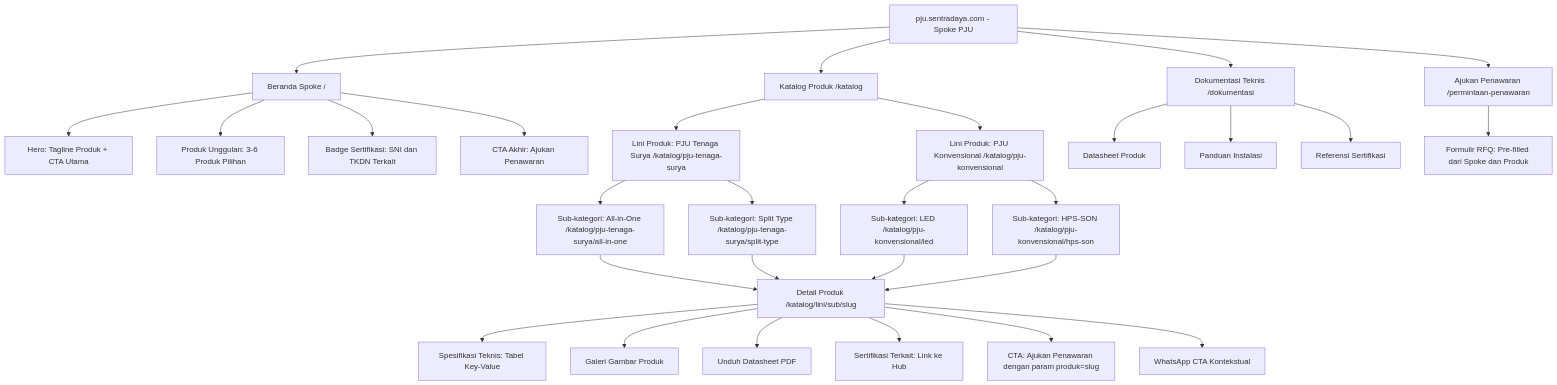
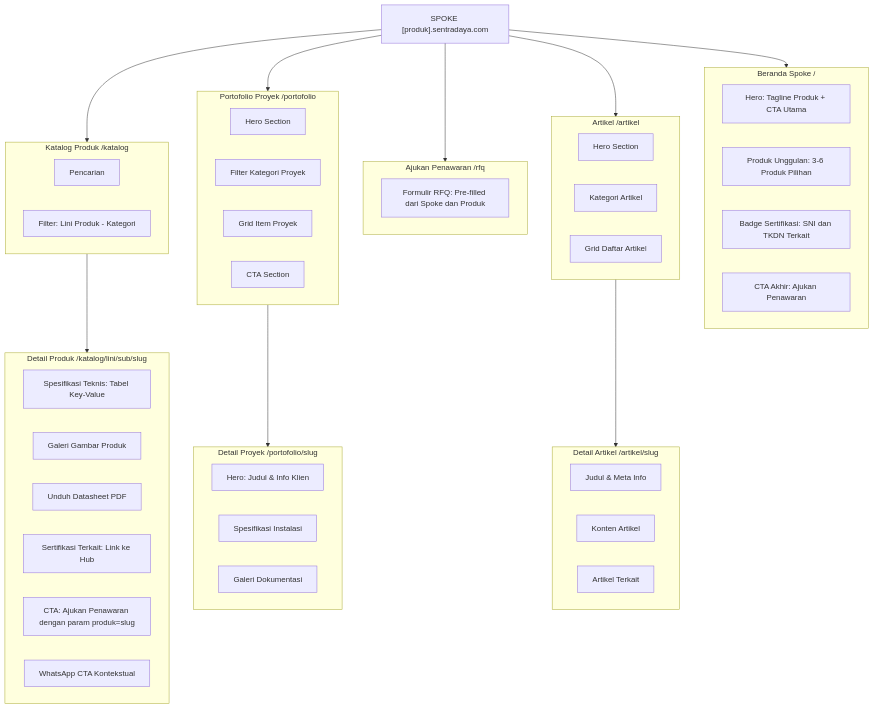
One commit to pampam666/awesome-website-test changed the second of 3 diagrams in .taskmaster/docs/information-architecture/ia-sitemaps.md. Above: the diagram before and after it, drawn with Mermaid. The commit also changed other lines of this file and 3 other files, not shown here.

Commit message:
docs: add architectural strategy, navigation systems, and user flow documentation for DBSN digital ecosystem

````diff
--- a/.taskmaster/docs/information-architecture/ia-sitemaps.md
+++ b/.taskmaster/docs/information-architecture/ia-sitemaps.md
@@ -82,41 +102,61 @@
 ```mermaid
-flowchart TD
-    SPOKE["pju.sentradaya.com - Spoke PJU"]
-
-    SPOKE --> SH["Beranda Spoke /"]
-    SPOKE --> SC["Katalog Produk /katalog"]
-    SPOKE --> SD["Dokumentasi Teknis /dokumentasi"]
-    SPOKE --> SR["Ajukan Penawaran /permintaan-penawaran"]
-
-    SH --> SH1["Hero: Tagline Produk + CTA Utama"]
-    SH --> SH2["Produk Unggulan: 3-6 Produk Pilihan"]
-    SH --> SH3["Badge Sertifikasi: SNI dan TKDN Terkait"]
-    SH --> SH4["CTA Akhir: Ajukan Penawaran"]
-
-    SC --> L1["Lini Produk: PJU Tenaga Surya /katalog/pju-tenaga-surya"]
-    SC --> L2["Lini Produk: PJU Konvensional /katalog/pju-konvensional"]
-
-    L1 --> S1["Sub-kategori: All-in-One /katalog/pju-tenaga-surya/all-in-one"]
-    L1 --> S2["Sub-kategori: Split Type /katalog/pju-tenaga-surya/split-type"]
-
-    L2 --> S3["Sub-kategori: LED /katalog/pju-konvensional/led"]
-    L2 --> S4["Sub-kategori: HPS-SON /katalog/pju-konvensional/hps-son"]
-
-    S1 --> PDP["Detail Produk /katalog/lini/sub/slug"]
-    S2 --> PDP
-    S3 --> PDP
-    S4 --> PDP
-
-    PDP --> PDP1["Spesifikasi Teknis: Tabel Key-Value"]
-    PDP --> PDP2["Galeri Gambar Produk"]
-    PDP --> PDP3["Unduh Datasheet PDF"]
-    PDP --> PDP4["Sertifikasi Terkait: Link ke Hub"]
-    PDP --> PDP5["CTA: Ajukan Penawaran dengan param produk=slug"]
-    PDP --> PDP6["WhatsApp CTA Kontekstual"]
-
-    SD --> SD1["Datasheet Produk"]
-    SD --> SD2["Panduan Instalasi"]
-    SD --> SD3["Referensi Sertifikasi"]
-
-    SR --> SRF["Formulir RFQ: Pre-filled dari Spoke dan Produk"]
+---
+config:
+  layout: dagre
+---
+flowchart TB
+ subgraph SH["Beranda Spoke /"]
+    direction LR
+        SH1["Hero: Tagline Produk + CTA Utama"]
+        SH2["Produk Unggulan: 3-6 Produk Pilihan"]
+        SH3["Badge Sertifikasi: SNI dan TKDN Terkait"]
+        SH4["CTA Akhir: Ajukan Penawaran"]
+  end
+ subgraph SC["Katalog Produk /katalog"]
+    direction LR
+        S1["Pencarian"]
+        S2["Filter: Lini Produk - Kategori"]
+  end
+ subgraph PDP["Detail Produk /katalog/lini/sub/slug"]
+    direction LR
+        PDP1["Spesifikasi Teknis: Tabel Key-Value"]
+        PDP2["Galeri Gambar Produk"]
+        PDP3["Unduh Datasheet PDF"]
+        PDP4["Sertifikasi Terkait: Link ke Hub"]
+        PDP5["CTA: Ajukan Penawaran dengan param produk=slug"]
+        PDP6["WhatsApp CTA Kontekstual"]
+  end
+ subgraph SR["Ajukan Penawaran /rfq"]
+    direction LR
+        SRF["Formulir RFQ: Pre-filled dari Spoke dan Produk"]
+  end
+ subgraph SPORT["Portofolio Proyek /portofolio"]
+    direction LR
+        SPORT1["Hero Section"]
+        SPORT2["Filter Kategori Proyek"]
+        SPORT3["Grid Item Proyek"]
+        SPORT4["CTA Section"]
+  end
+ subgraph SPORT_DETAIL["Detail Proyek /portofolio/slug"]
+    direction LR
+        SPD1["Hero: Judul & Info Klien"]
+        SPD2["Spesifikasi Instalasi"]
+        SPD3["Galeri Dokumentasi"]
+  end
+ subgraph ART["Artikel /artikel"]
+    direction LR
+        ART1["Hero Section"]
+        ART2["Kategori Artikel"]
+        ART3["Grid Daftar Artikel"]
+  end
+ subgraph ART_DETAIL["Detail Artikel /artikel/slug"]
+    direction LR
+        AD1["Judul & Meta Info"]
+        AD2["Konten Artikel"]
+        AD3["Artikel Terkait"]
+  end
+    SPOKE["SPOKE [produk].sentradaya.com"] --> SH & SC & SPORT & ART & SR
+    SC --> PDP
+    SPORT --> SPORT_DETAIL
+    ART --> ART_DETAIL
 ```
````
